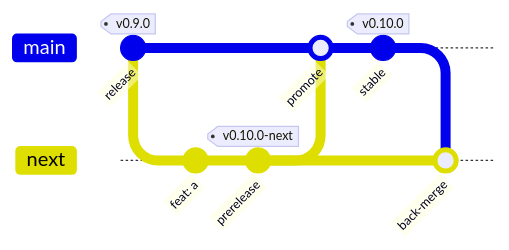
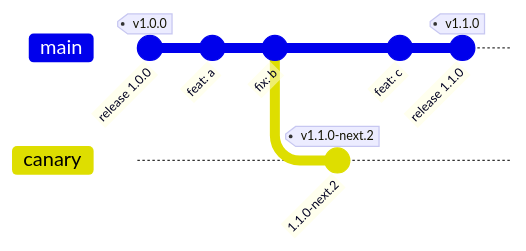
Before and after one commit to taraxvoid/voidflow: the diagram in RELEASING.md, drawn with Mermaid. The commit also changed other lines of this file and 3 other files, not shown here.

````diff
--- a/RELEASING.md
+++ b/RELEASING.md
@@ -13,12 +13,11 @@
 ```mermaid
 gitGraph
-  commit id: "release" tag: "v0.9.0"
-  branch next
+  commit id: "release 1.0.0" tag: "v1.0.0"
   commit id: "feat: a"
-  commit id: "prerelease" tag: "v0.10.0-next"
+  commit id: "fix: b"
+  branch canary
+  commit id: "1.1.0-next.2" tag: "v1.1.0-next.2"
   checkout main
-  merge next id: "promote"
-  commit id: "stable" tag: "v0.10.0"
-  checkout next
-  merge main id: "back-merge"
+  commit id: "feat: c"
+  commit id: "release 1.1.0" tag: "v1.1.0"
 ```
````
